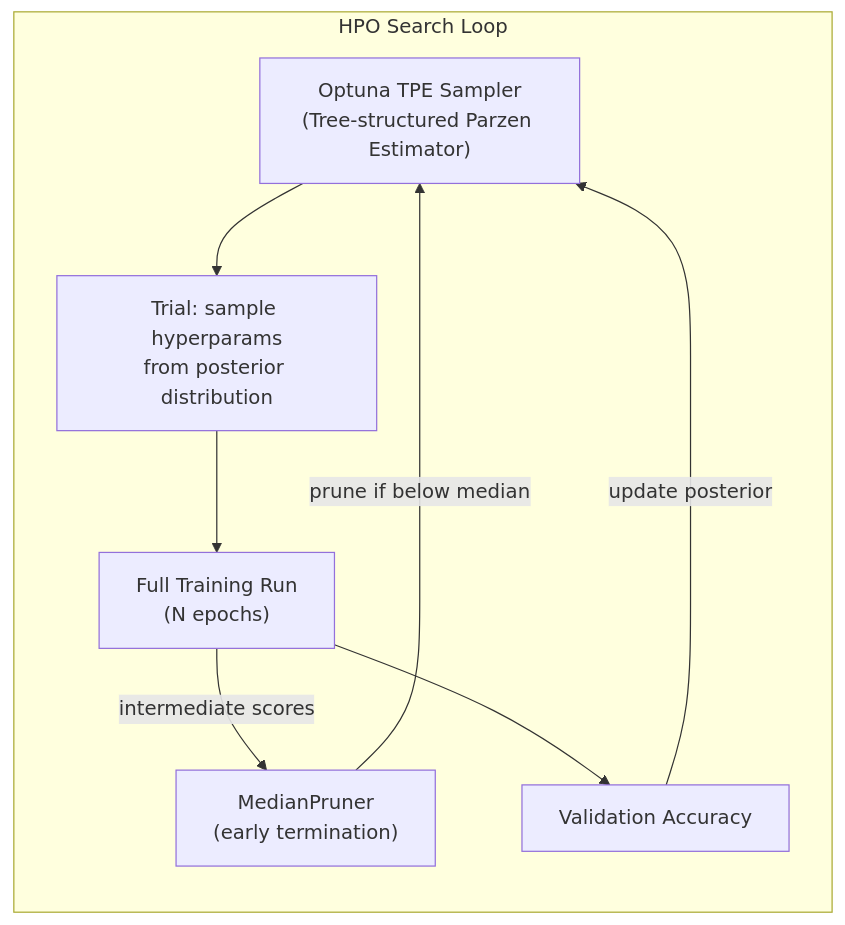
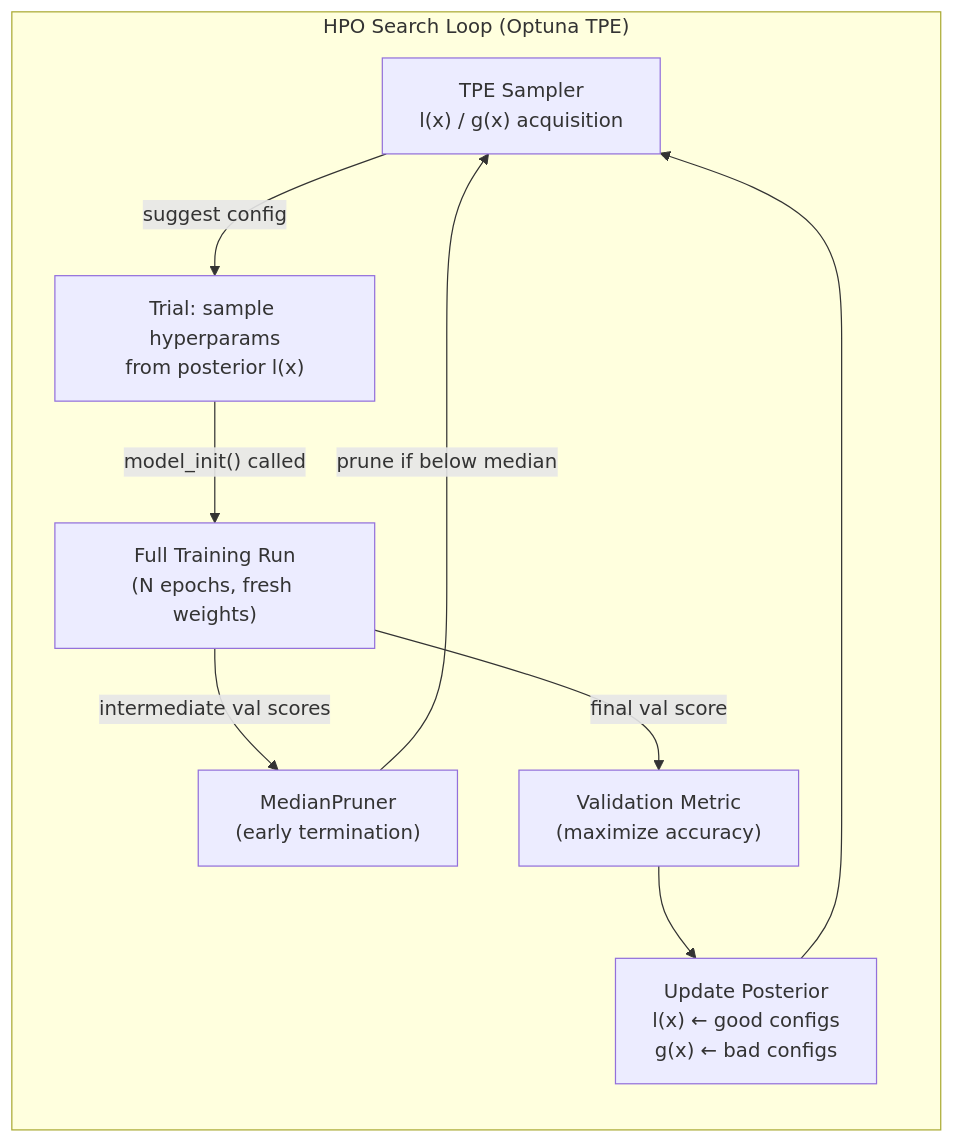
Before and after one commit to blebleblee/synapse: the third of 7 diagrams in topics/computing/ai/vibe_coding/labs.md, drawn with Mermaid. The commit also changed other lines of this file and 4 other files, not shown here.

````diff
--- a/topics/computing/ai/vibe_coding/labs.md
+++ b/topics/computing/ai/vibe_coding/labs.md
@@ -341,17 +485,19 @@
 ```mermaid
 flowchart LR
-    subgraph Search["HPO Search Loop"]
-        SAMPLER["Optuna TPE Sampler\n(Tree-structured Parzen Estimator)"]
-        TRIAL["Trial: sample hyperparams\nfrom posterior distribution"]
-        TRAIN_RUN["Full Training Run\n(N epochs)"]
-        VAL_SCORE["Validation Accuracy"]
+    subgraph Search["HPO Search Loop (Optuna TPE)"]
+        SAMPLER["TPE Sampler\nl(x) / g(x) acquisition"]
+        TRIAL["Trial: sample hyperparams\nfrom posterior l(x)"]
+        TRAIN_RUN["Full Training Run\n(N epochs, fresh weights)"]
+        VAL_SCORE["Validation Metric\n(maximize accuracy)"]
         PRUNER["MedianPruner\n(early termination)"]
+        POSTERIOR["Update Posterior\nl(x) ← good configs\ng(x) ← bad configs"]
     end
 
-    SAMPLER --> TRIAL
-    TRIAL --> TRAIN_RUN
-    TRAIN_RUN -->|"intermediate scores"| PRUNER
+    SAMPLER -->|"suggest config"| TRIAL
+    TRIAL -->|"model_init() called"| TRAIN_RUN
+    TRAIN_RUN -->|"intermediate val scores"| PRUNER
     PRUNER -->|"prune if below median"| SAMPLER
-    TRAIN_RUN --> VAL_SCORE
-    VAL_SCORE -->|"update posterior"| SAMPLER
+    TRAIN_RUN -->|"final val score"| VAL_SCORE
+    VAL_SCORE --> POSTERIOR
+    POSTERIOR --> SAMPLER
 ```
````
